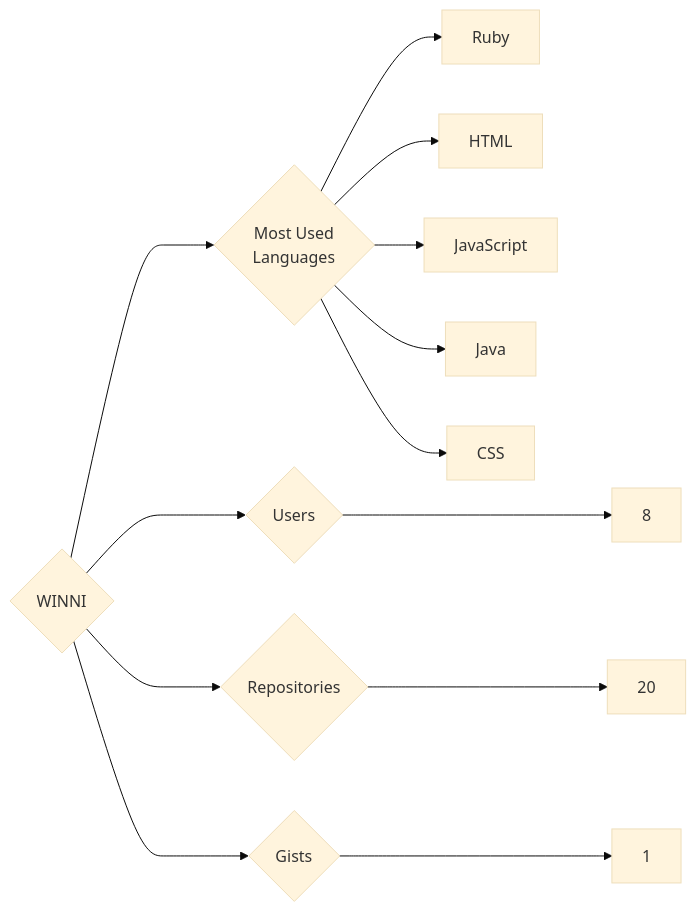
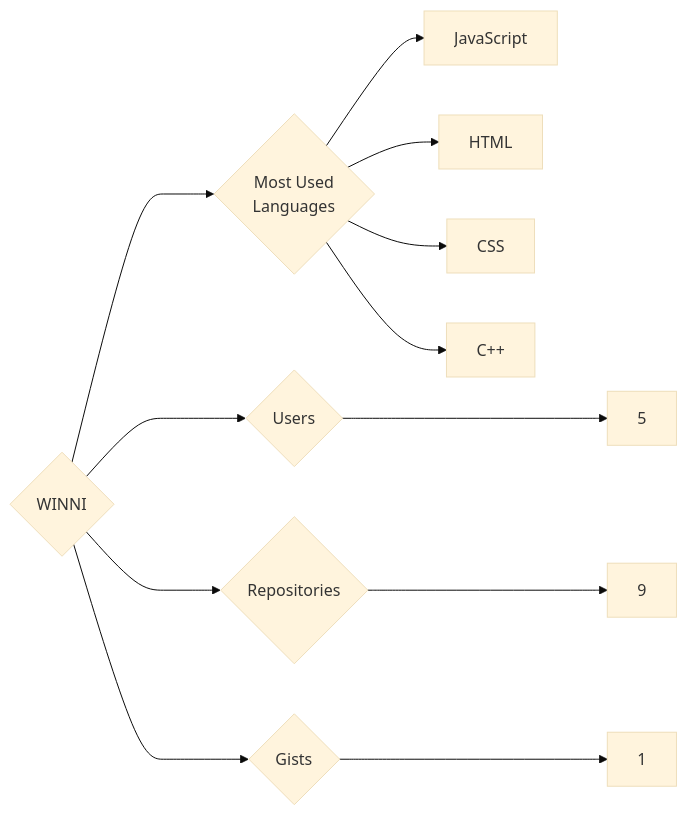
Before and after one commit to trickest/insiders: the diagram in targets/WINNI/README.md, drawn with Mermaid (base theme). The commit also changed 898 other files, not shown here.

````diff
--- a/targets/WINNI/README.md
+++ b/targets/WINNI/README.md
@@ -3,13 +3,12 @@
 ```mermaid
 graph LR
 COMPANY_NAME{WINNI}
-COMPANY_NAME ---> U{Users} ---> UN[8]
-COMPANY_NAME ---> R{Repositories} ---> RN[20]
+COMPANY_NAME ---> U{Users} ---> UN[5]
+COMPANY_NAME ---> R{Repositories} ---> RN[9]
 COMPANY_NAME ---> G{Gists} ---> GN[1]
 COMPANY_NAME ---> ML{Most Used<br>Languages}
-ML --> Ruby[Ruby]
+ML --> JavaScript[JavaScript]
 ML --> HTML[HTML]
-ML --> JavaScript[JavaScript]
-ML --> Java[Java]
 ML --> CSS[CSS]
+ML --> C++[C++]
 ```
````
